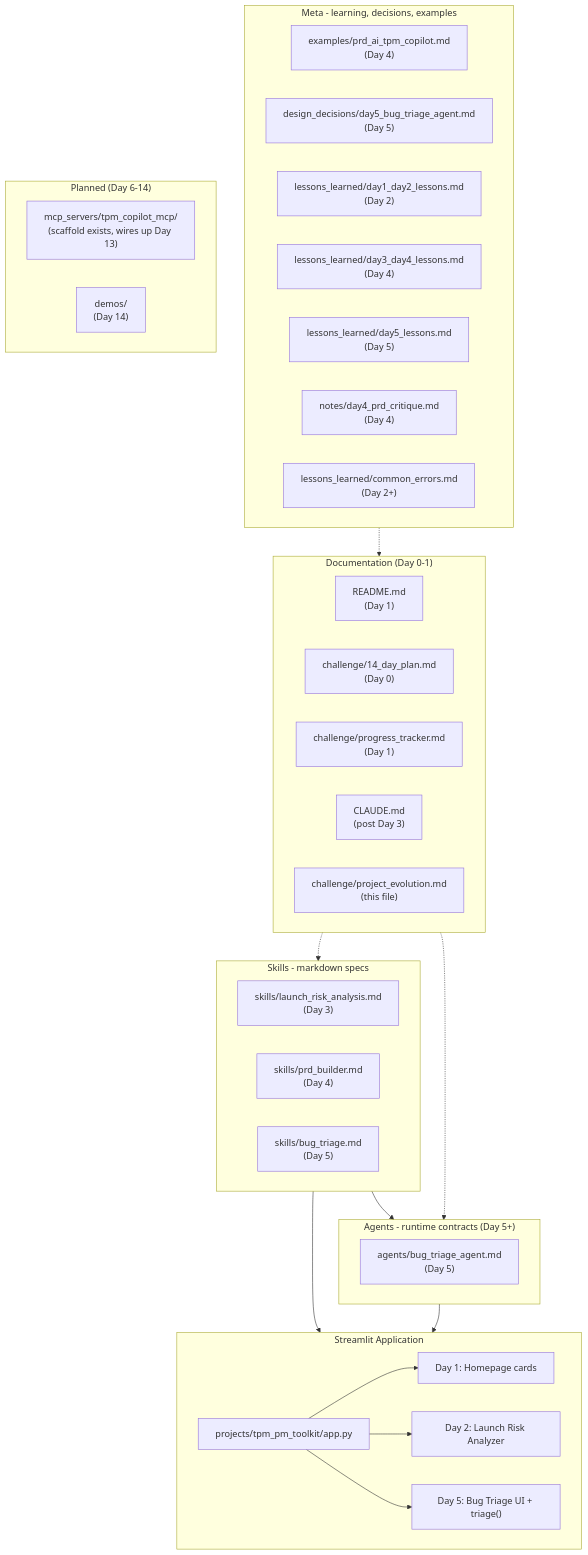
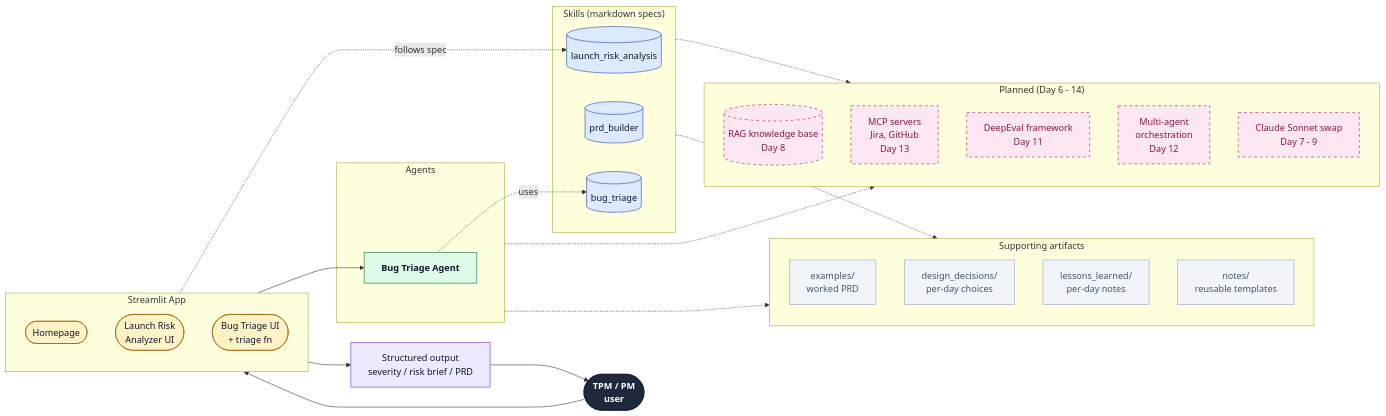
The second of 10 diagrams in challenge/project_evolution.md (shwsingh/pm-tpm-ai-tools), drawn with Mermaid before and after one commit. The commit also changed other lines of this file and 1 other file, not shown here.

Commit message:
Redesign architecture diagram for visual clarity
Make the "architecture as it stands today" diagram readable at a glance:

- Left-to-right data flow (User -> App -> Agent -> Skill -> Output)
- Color-coded classDefs per role (navy user, yellow UI, green agent,
  blue cylinder skill, purple output, pink dashed = planned)
- Shapes encode role: rounded = UI, rectangle = agent logic, cylinder
  = skill spec, dashed border = not built yet
- Day labels moved out of boxes into a clean lookup table beneath
- Legend table added inline

README's compact architecture diagram updated to match.

````diff
--- a/challenge/project_evolution.md
+++ b/challenge/project_evolution.md
@@ -43,52 +43,61 @@
 ```mermaid
-flowchart TB
-    subgraph DOC["Documentation (Day 0-1)"]
-        readme["README.md<br/>(Day 1)"]
-        plan["challenge/14_day_plan.md<br/>(Day 0)"]
-        tracker["challenge/progress_tracker.md<br/>(Day 1)"]
-        claudemd["CLAUDE.md<br/>(post Day 3)"]
-        evol["challenge/project_evolution.md<br/>(this file)"]
+flowchart LR
+    User(["TPM / PM<br/>user"]):::user
+
+    subgraph APP["Streamlit App"]
+        direction TB
+        Home(["Homepage"]):::ui
+        LRA(["Launch Risk<br/>Analyzer UI"]):::ui
+        BUG(["Bug Triage UI<br/>+ triage fn"]):::ui
     end
 
-    subgraph SKILLS["Skills - markdown specs"]
-        s_risk["skills/launch_risk_analysis.md<br/>(Day 3)"]
-        s_prd["skills/prd_builder.md<br/>(Day 4)"]
-        s_bug["skills/bug_triage.md<br/>(Day 5)"]
+    subgraph AGENTS["Agents"]
+        BTA["Bug Triage Agent"]:::agent
     end
 
-    subgraph AGENTS["Agents - runtime contracts (Day 5+)"]
-        a_bug["agents/bug_triage_agent.md<br/>(Day 5)"]
+    subgraph SKILLS["Skills (markdown specs)"]
+        S_LR[("launch_risk_analysis")]:::skill
+        S_PRD[("prd_builder")]:::skill
+        S_BUG[("bug_triage")]:::skill
     end
 
-    subgraph APP["Streamlit Application"]
-        app["projects/tpm_pm_toolkit/app.py"]
-        app_d1["Day 1: Homepage cards"]
-        app_d2["Day 2: Launch Risk Analyzer"]
-        app_d5["Day 5: Bug Triage UI + triage()"]
-        app --> app_d1
-        app --> app_d2
-        app --> app_d5
+    Output["Structured output<br/>severity / risk brief / PRD"]:::output
+
+    User --> APP
+    LRA -. follows spec .-> S_LR
+    BUG --> BTA
+    BTA -. uses .-> S_BUG
+    APP --> Output
+    Output --> User
+
+    subgraph FUTURE["Planned (Day 6 - 14)"]
+        direction TB
+        RAG[("RAG knowledge base<br/>Day 8")]:::future
+        MCP["MCP servers<br/>Jira, GitHub<br/>Day 13"]:::future
+        EVAL["DeepEval framework<br/>Day 11"]:::future
+        MULTI["Multi-agent<br/>orchestration<br/>Day 12"]:::future
+        LLM["Claude Sonnet swap<br/>Day 7 - 9"]:::future
     end
 
-    subgraph META["Meta - learning, decisions, examples"]
-        ex["examples/prd_ai_tpm_copilot.md<br/>(Day 4)"]
-        dd["design_decisions/day5_bug_triage_agent.md<br/>(Day 5)"]
-        l12["lessons_learned/day1_day2_lessons.md<br/>(Day 2)"]
-        l34["lessons_learned/day3_day4_lessons.md<br/>(Day 4)"]
-        l5["lessons_learned/day5_lessons.md<br/>(Day 5)"]
-        n4["notes/day4_prd_critique.md<br/>(Day 4)"]
-        ce["lessons_learned/common_errors.md<br/>(Day 2+)"]
+    AGENTS -.-> FUTURE
+    SKILLS -.-> FUTURE
+
+    subgraph META["Supporting artifacts"]
+        direction TB
+        EX["examples/<br/>worked PRD"]:::meta
+        DD["design_decisions/<br/>per-day choices"]:::meta
+        LL["lessons_learned/<br/>per-day notes"]:::meta
+        NOTES["notes/<br/>reusable templates"]:::meta
     end
 
-    subgraph FUTURE["Planned (Day 6-14)"]
-        f_mcp["mcp_servers/tpm_copilot_mcp/<br/>(scaffold exists, wires up Day 13)"]
-        f_demo["demos/<br/>(Day 14)"]
-    end
+    AGENTS -.-> META
+    SKILLS -.-> META
 
-    SKILLS --> AGENTS
-    SKILLS --> APP
-    AGENTS --> APP
-    DOC -.-> SKILLS
-    DOC -.-> AGENTS
-    META -.-> DOC
+    classDef user fill:#1e293b,stroke:#0f172a,color:#fff,font-weight:bold
+    classDef ui fill:#fef3c7,stroke:#a16207,color:#0f172a
+    classDef agent fill:#dcfce7,stroke:#166534,color:#0f172a,font-weight:bold
+    classDef skill fill:#dbeafe,stroke:#1e40af,color:#0f172a
+    classDef output fill:#ede9fe,stroke:#6d28d9,color:#0f172a
+    classDef meta fill:#f1f5f9,stroke:#94a3b8,color:#475569
+    classDef future fill:#fce7f3,stroke:#9d174d,color:#831843,stroke-dasharray:5 5
 ```
````
